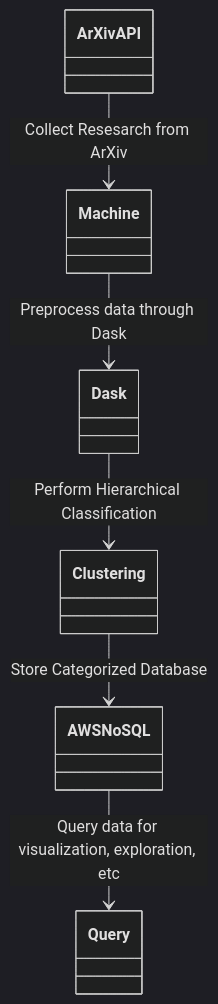
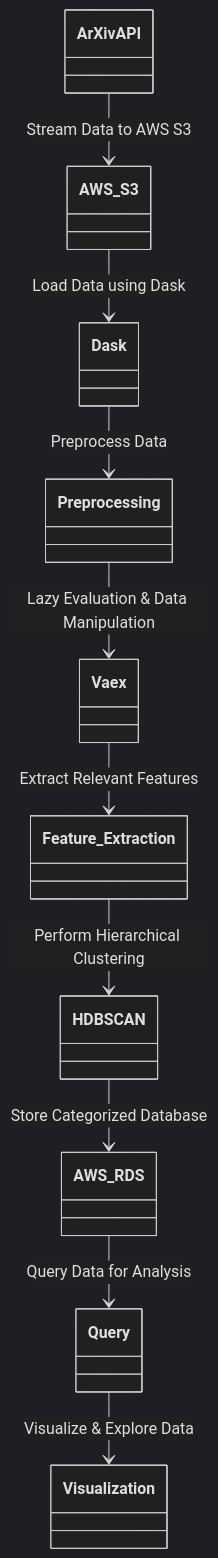
Before and after one commit to branisk/Eco-Sourced: the diagram in README.md, drawn with Mermaid (dark theme). The commit also changed other lines of this file, not shown here.

````diff
--- a/README.md
+++ b/README.md
@@ -13,14 +14,22 @@
 ```mermaid
 classDiagram
-    participant Machine
     participant ArXivAPI
-    participant AWSNoSQL
+    participant AWS_S3
+    participant AWS_RDS
     participant Dask
-    participant Clustering
+    participant Vaex
+    participant Preprocessing
+    participant Feature_Extraction
+    participant HDBSCAN
     participant Query
-    ArXivAPI --> Machine: Collect Resesarch from ArXiv
-    Machine --> Dask: Preprocess data through Dask
-    Dask --> Clustering: Perform Hierarchical Classification
-    Clustering --> AWSNoSQL: Store Categorized Database
-    AWSNoSQL --> Query: Query data for visualization, exploration, etc
+    participant Visualization
+    ArXivAPI --> AWS_S3: Stream Data to AWS S3
+    AWS_S3 --> Dask: Load Data using Dask
+    Dask --> Preprocessing: Preprocess Data
+    Preprocessing --> Vaex: Lazy Evaluation & Data Manipulation
+    Vaex --> Feature_Extraction: Extract Relevant Features
+    Feature_Extraction --> HDBSCAN: Perform Hierarchical Clustering
+    HDBSCAN --> AWS_RDS: Store Categorized Database
+    AWS_RDS --> Query: Query Data for Analysis
+    Query --> Visualization: Visualize & Explore Data
 ```
````
